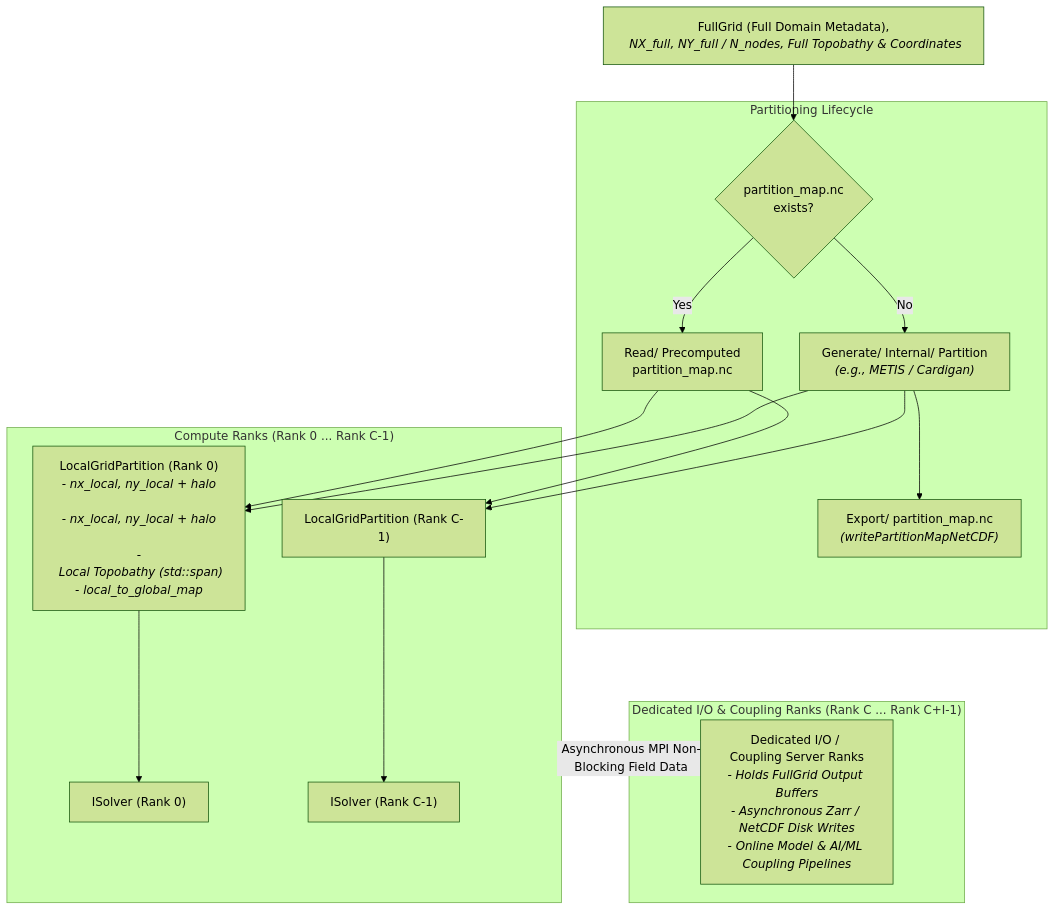
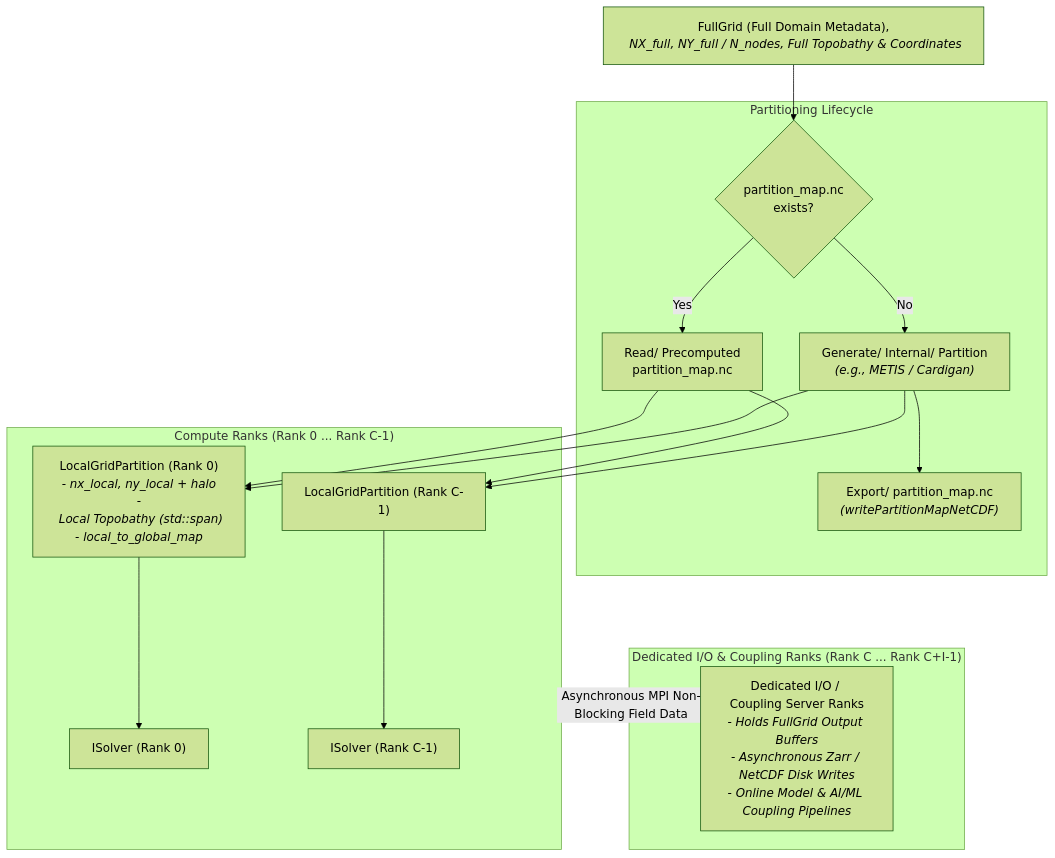
The third of 3 diagrams in ASSESSMENT.md (HendrikTolman-NOAA/WW4_HLT), drawn with Mermaid (forest theme) before and after one commit.

Commit message:
Refactor LocalGridPartition description in ASSESSMENT.md

````diff
--- a/ASSESSMENT.md
+++ b/ASSESSMENT.md
@@ -208,41 +208,39 @@
 ```mermaid
 graph TD
     FG["FullGrid&nbsp;(Full&nbsp;Domain&nbsp;Metadata),<br/><i>&nbsp;NX_full,&nbsp;NY_full&nbsp;/&nbsp;N_nodes,&nbsp;Full&nbsp;Topobathy&nbsp;&&nbsp;Coordinates</i>"]
 
     subgraph PartMap ["Partitioning Lifecycle"]
         PM_CHK{"partition_map.nc<br/>exists?"}
         PM_READ["Read/&nbsp;Precomputed<br/>partition_map.nc"]
         PM_GEN["Generate/&nbsp;Internal/&nbsp;Partition<br/><i>(e.g., METIS / Cardigan)</i>"]
         PM_WRITE["Export/&nbsp;partition_map.nc<br/><i>(writePartitionMapNetCDF)</i>"]
 
         PM_CHK -- Yes --> PM_READ
         PM_CHK -- No --> PM_GEN
         PM_GEN --> PM_WRITE
     end
 
     FG --> PM_CHK
 
     subgraph ComputeRanks ["Compute Ranks (Rank 0 ... Rank C-1)"]
-        LP0["LocalGridPartition&nbsp;(Rank&nbsp;0)<br/><i>-&nbsp;nx_local,&nbsp;ny_local&nbsp;+&nbsp;halo</i><br/>
-<i>-&nbsp;nx_local,&nbsp;ny_local&nbsp;+&nbsp;halo</i><br/>
-<i>-&nbsp;Local&nbsp;Topobathy&nbsp;(std::span)</i><br/><i>-&nbsp;local_to_global_map</i>"]
+        LP0["LocalGridPartition&nbsp;(Rank&nbsp;0)<br/><i>-&nbsp;nx_local,&nbsp;ny_local&nbsp;+&nbsp;halo</i><br/><i>-&nbsp;Local&nbsp;Topobathy&nbsp;(std::span)</i><br/><i>-&nbsp;local_to_global_map</i>"]
         LPC["LocalGridPartition&nbsp;(Rank&nbsp;C-1)"]
 
         S0["ISolver (Rank 0)"]
         SC["ISolver (Rank C-1)"]
 
         LP0 --> S0
         LPC --> SC
     end
 
     subgraph IORanks ["Dedicated I/O & Coupling Ranks (Rank C ... Rank C+I-1)"]
         IOR["Dedicated I/O / Coupling Server Ranks<br/><i>- Holds FullGrid Output Buffers</i><br/><i>- Asynchronous Zarr / NetCDF Disk Writes</i><br/><i>- Online Model & AI/ML Coupling Pipelines</i>"]
     end
 
     PM_READ --> LP0
     PM_READ --> LPC
     PM_GEN --> LP0
     PM_GEN --> LPC
 
     ComputeRanks -. Asynchronous MPI Non-Blocking Field Data .-> IOR
 ```
````
